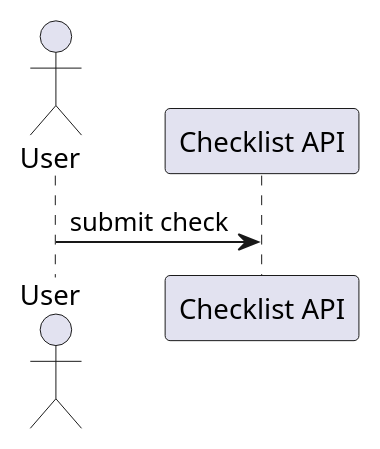
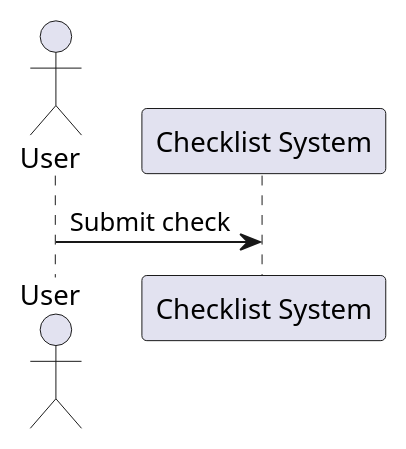
Before and after one commit to Gillyodas/checklist-framework: the diagram in Diagram/example.puml, drawn with PlantUML. The commit also changed 1 other file, not shown here.

Commit message:
tests(CI/CD_diagram): update UseCaseDiagram and render-diagrams v1

```diff
--- a/Diagram/example.puml
+++ b/Diagram/example.puml
@@ -1,4 +1,4 @@
 @startuml
 actor User
-User -> "Checklist API": submit check
+User -> "Checklist System": Submit check
 @enduml
```
